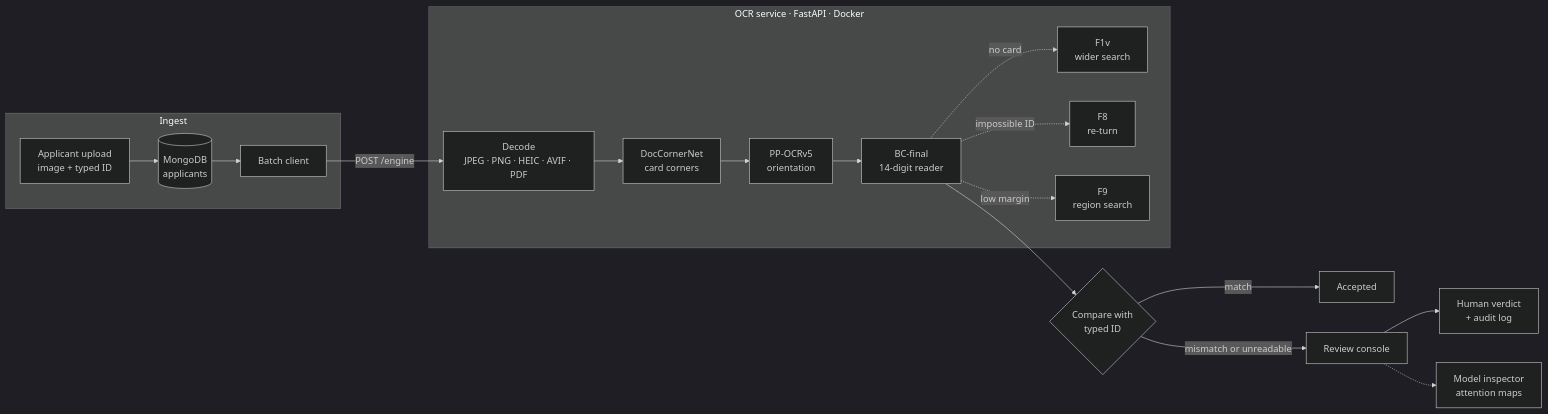
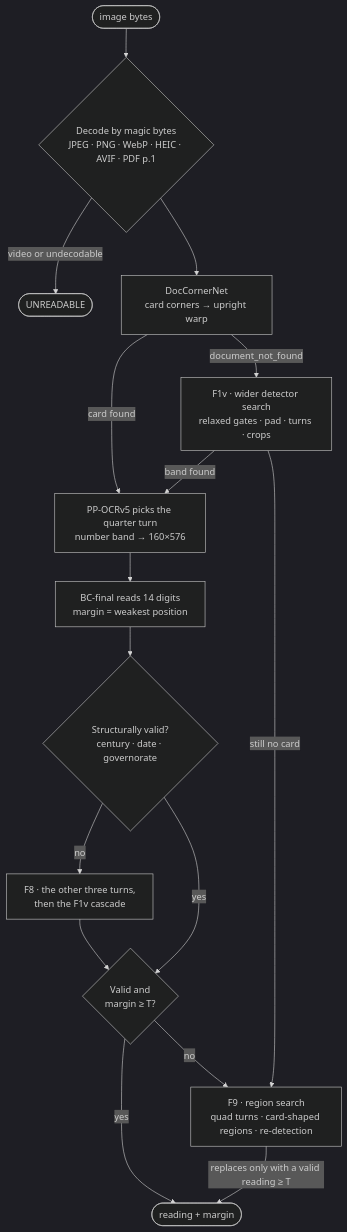
The second of 3 diagrams in README.md (asmaasamyhagag22-design/OCR-IDs), drawn with Mermaid (dark theme) before and after one commit. The commit also changed other lines of this file, not shown here.

First line of the commit message:
Correct and expand the architecture diagrams in the README

````diff
--- a/README.md
+++ b/README.md
@@ -52,21 +96,18 @@
 ```mermaid
-flowchart LR
-    subgraph Ingest
-        U[Applicant upload<br/>image + typed ID] --> M[(MongoDB<br/>applicants)]
-        M --> B[Batch client]
-    end
-    subgraph Engine["OCR service · FastAPI · Docker"]
-        B -->|POST /engine| D[Decode<br/>JPEG · PNG · HEIC · AVIF · PDF]
-        D --> G[DocCornerNet<br/>card corners]
-        G --> O[PP-OCRv5<br/>orientation]
-        O --> R[BC-final<br/>14-digit reader]
-        R -. no card .-> F1v[F1v<br/>wider search]
-        R -. impossible ID .-> F8[F8<br/>re-turn]
-        R -. low margin .-> F9[F9<br/>region search]
-    end
-    R --> C{Compare with<br/>typed ID}
-    C -->|match| OK[Accepted]
-    C -->|mismatch or unreadable| Q[Review console]
-    Q --> H[Human verdict<br/>+ audit log]
-    Q -.-> I[Model inspector<br/>attention maps]
+flowchart TD
+    IN([image bytes]) --> DEC{"Decode by magic bytes<br/>JPEG · PNG · WebP · HEIC · AVIF · PDF p.1"}
+    DEC -->|video or undecodable| UNR([UNREADABLE])
+    DEC --> DET["DocCornerNet<br/>card corners → upright warp"]
+    DET -->|card found| ORI["PP-OCRv5 picks the quarter turn<br/>number band → 160×576"]
+    DET -->|document_not_found| F1V["F1v · wider detector search<br/>relaxed gates · pad · turns · crops"]
+    F1V -->|band found| ORI
+    F1V -->|still no card| F9
+    ORI --> BC["BC-final reads 14 digits<br/>margin = weakest position"]
+    BC --> VAL{"Structurally valid?<br/>century · date · governorate"}
+    VAL -->|no| F8["F8 · the other three turns,<br/>then the F1v cascade"]
+    F8 --> CONF
+    VAL -->|yes| CONF{"Valid and<br/>margin ≥ T?"}
+    CONF -->|yes| OUT([reading + margin])
+    CONF -->|no| F9["F9 · region search<br/>quad turns · card-shaped regions · re-detection"]
+    F9 -->|"replaces only with a valid reading ≥ T"| OUT
 ```
````
